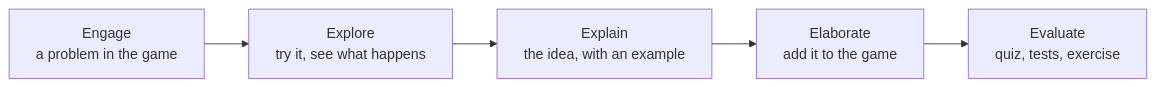
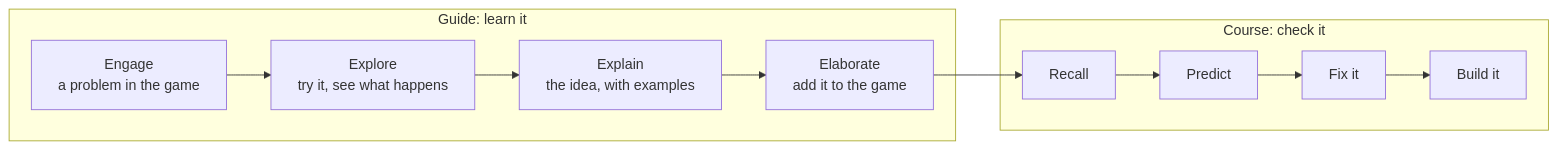
Before and after one commit to forinda/learn-zig-with-forinda: the diagram in src/pages/start/how-it-works.md, drawn with Mermaid. The commit also changed other lines of this file and 27 other files, not shown here.

Commit message:
feat: teach in the Guide, check in the Course - guide pages (Engage, Explore, Explain, Elaborate; code inline) for Parts 1-2, lessons reworked as checks (Recall, Predict, Fix it, Build it, Stretch), page rules for both, course map links to both

````diff
--- a/src/pages/start/how-it-works.md
+++ b/src/pages/start/how-it-works.md
@@ -24,7 +24,12 @@
 ```mermaid
 flowchart LR
-    engage["Engage<br/>a problem in the game"] --> explore["Explore<br/>try it, see what happens"]
-    explore --> explain["Explain<br/>the idea, with an example"]
-    explain --> elaborate["Elaborate<br/>add it to the game"]
-    elaborate --> evaluate["Evaluate<br/>quiz, tests, exercise"]
+    subgraph guide["Guide: learn it"]
+        engage["Engage<br/>a problem in the game"] --> explore["Explore<br/>try it, see what happens"]
+        explore --> explain["Explain<br/>the idea, with examples"]
+        explain --> elaborate["Elaborate<br/>add it to the game"]
+    end
+    subgraph course["Course: check it"]
+        recall["Recall"] --> predict["Predict"] --> fix["Fix it"] --> build["Build it"]
+    end
+    elaborate --> recall
 ```
````
